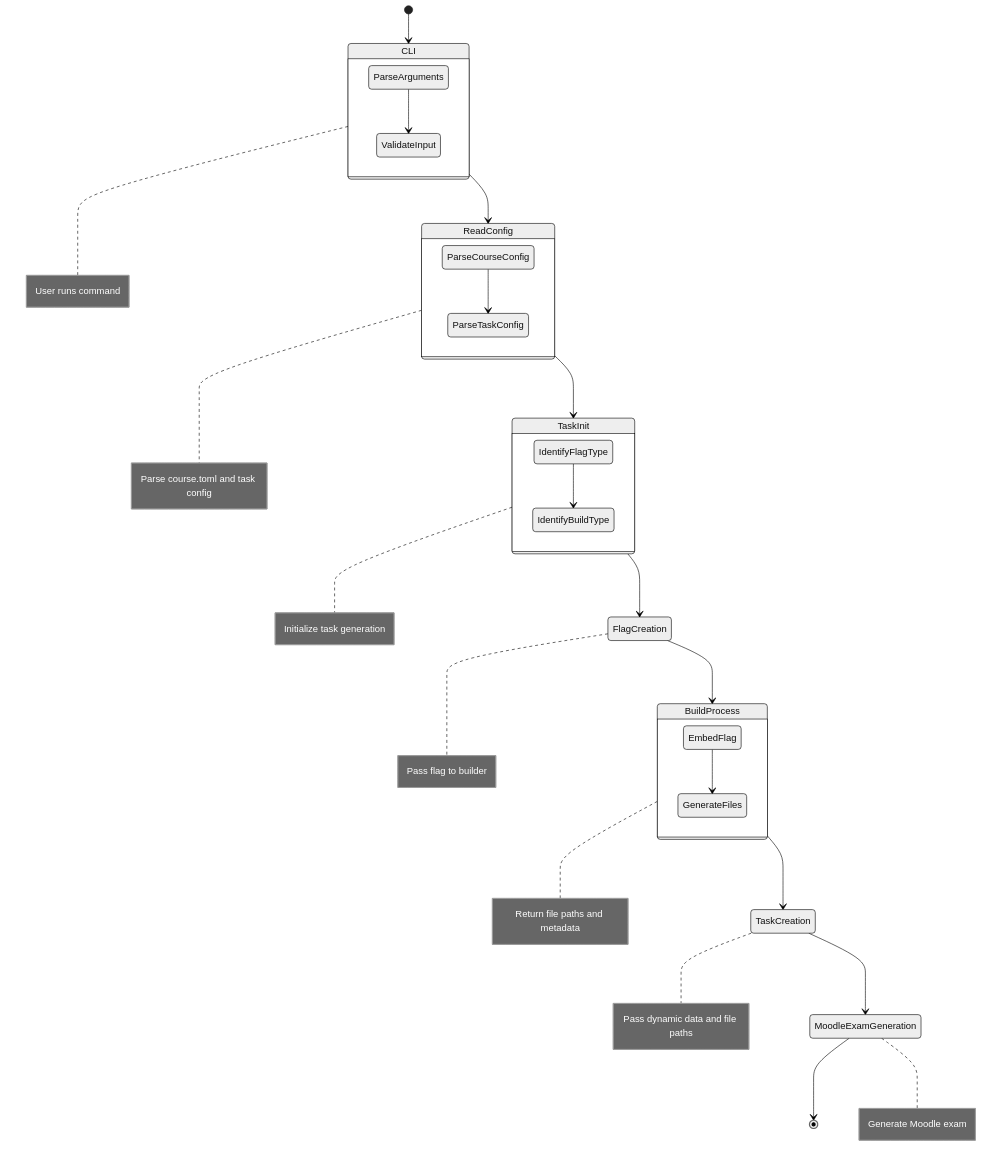
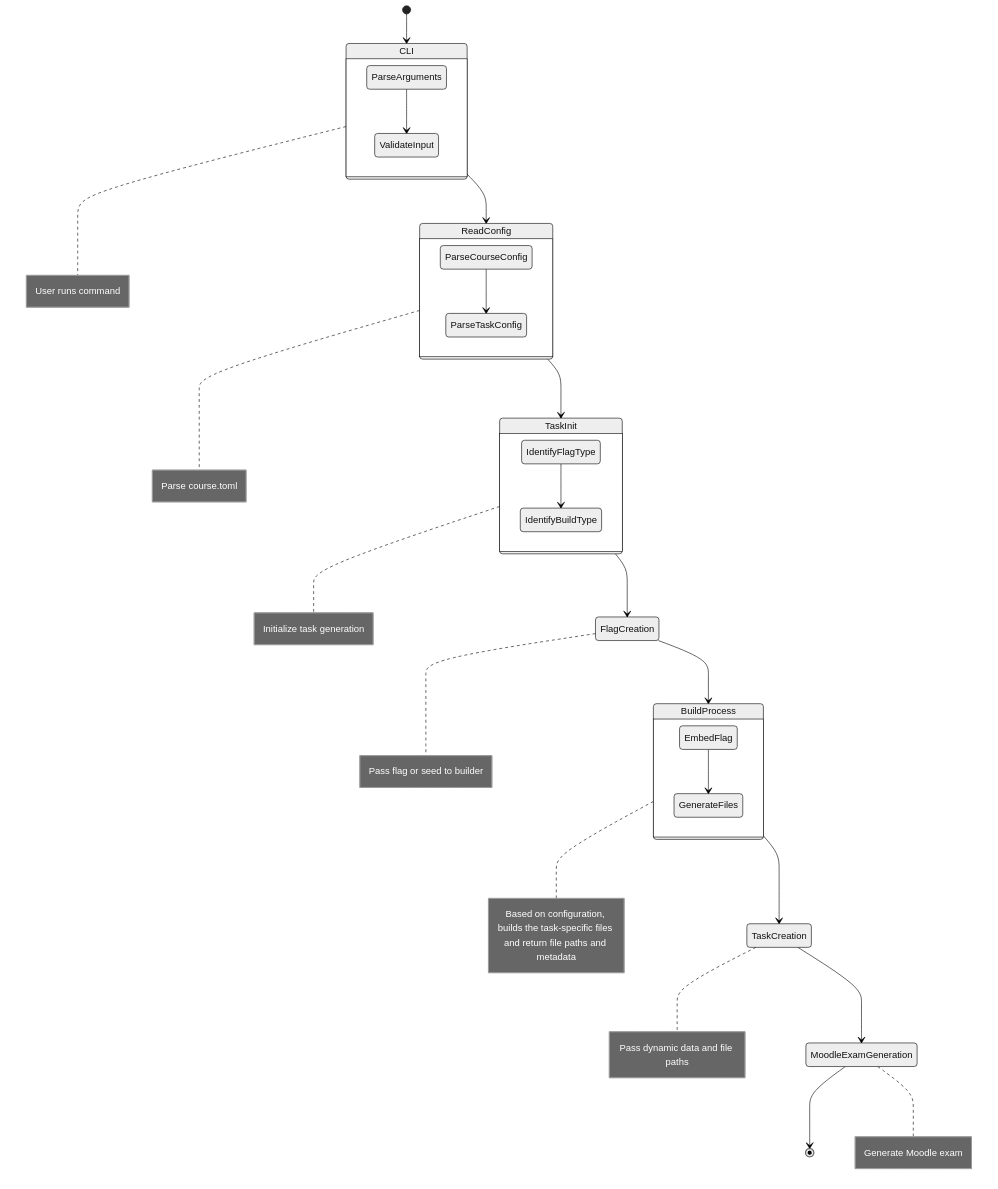
Before and after one commit to ouspg/ainigma: the diagram in README.md, drawn with Mermaid (neutral theme). The commit also changed other lines of this file, not shown here.

Commit message:
Update use case 1

````diff
--- a/README.md
+++ b/README.md
@@ -36,35 +36,35 @@
 ```mermaid
 stateDiagram-v2
     [*] --> CLI
     CLI --> ReadConfig
     ReadConfig --> TaskInit
     TaskInit --> FlagCreation
     FlagCreation --> BuildProcess
     BuildProcess --> TaskCreation
     TaskCreation --> MoodleExamGeneration
     MoodleExamGeneration --> [*]
 
     state CLI {
         ParseArguments --> ValidateInput
     }
 
     state ReadConfig {
         ParseCourseConfig --> ParseTaskConfig
     }
 
     state TaskInit {
         IdentifyFlagType --> IdentifyBuildType
     }
 
     state BuildProcess {
         EmbedFlag --> GenerateFiles
     }
 
     note right of CLI: User runs command
-    note right of ReadConfig: Parse course.toml and task config
+    note right of ReadConfig: Parse course.toml
     note right of TaskInit: Initialize task generation
-    note right of FlagCreation: Pass flag to builder
-    note right of BuildProcess: Return file paths and metadata
+    note right of FlagCreation: Pass flag or seed to builder
+    note right of BuildProcess: Based on configuration, builds the task-specific files and return file paths and metadata
     note right of TaskCreation: Pass dynamic data and file paths
     note right of MoodleExamGeneration: Generate Moodle exam
 ```
````
